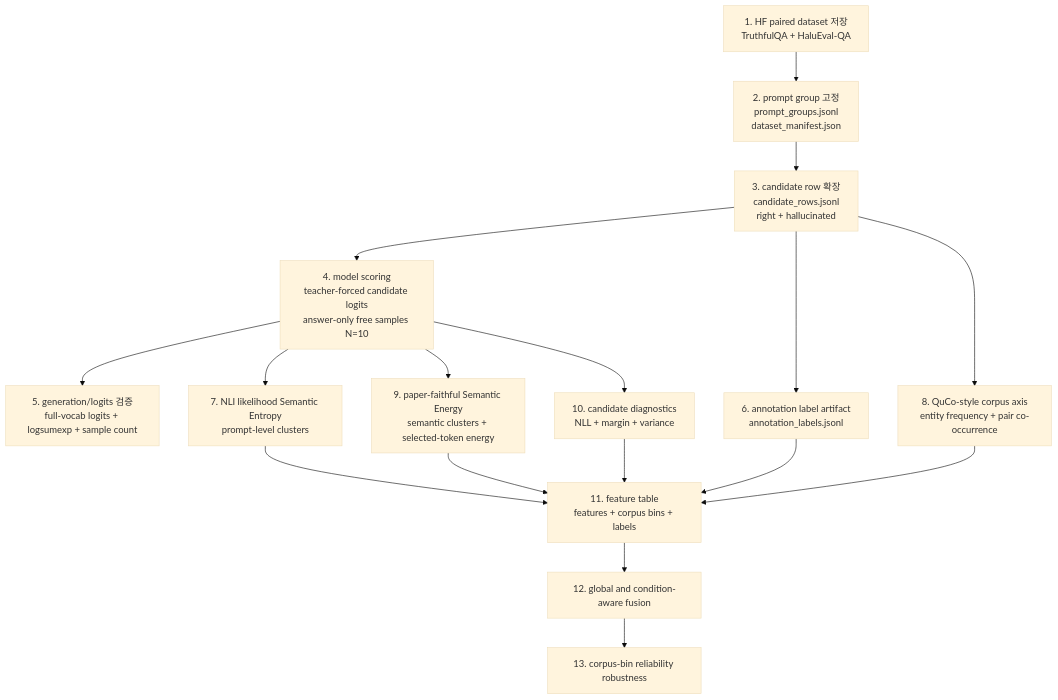
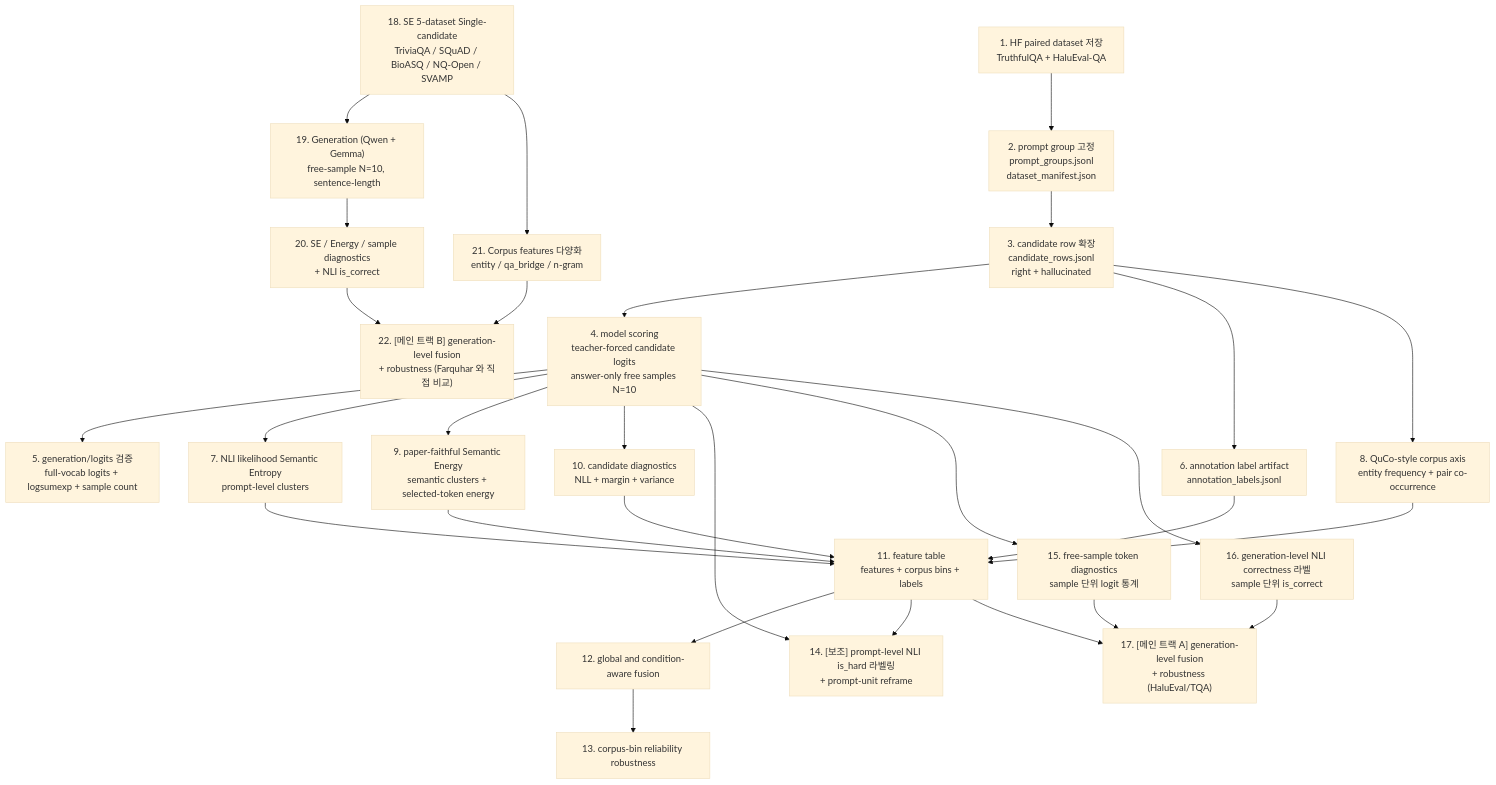
One commit to sharosoo/hallucination-graduation-thesis changed the diagram in experiments/PIPELINE.md. Above: the diagram before and after it, drawn with Mermaid (base theme). The commit also changed other lines of this file and 21 other files, not shown here.

````diff
--- a/experiments/PIPELINE.md
+++ b/experiments/PIPELINE.md
@@ -11,43 +16,70 @@
 ```mermaid
 flowchart TD
     A[1. HF paired dataset 저장
 TruthfulQA + HaluEval-QA]
     B[2. prompt group 고정
 prompt_groups.jsonl
 dataset_manifest.json]
     C[3. candidate row 확장
 candidate_rows.jsonl
 right + hallucinated]
     D[4. model scoring
 teacher-forced candidate logits
 answer-only free samples N=10]
     E[5. generation/logits 검증
 full-vocab logits + logsumexp + sample count]
     F[6. annotation label artifact
 annotation_labels.jsonl]
     G[7. NLI likelihood Semantic Entropy
 prompt-level clusters]
     H[8. QuCo-style corpus axis
 entity frequency + pair co-occurrence]
     I[9. paper-faithful Semantic Energy
 semantic clusters + selected-token energy]
     J[10. candidate diagnostics
 NLL + margin + variance]
     K[11. feature table
 features + corpus bins + labels]
     L[12. global and condition-aware fusion]
     M[13. corpus-bin reliability robustness]
+    N["14. [보조] prompt-level NLI is_hard 라벨링
++ prompt-unit reframe"]
+    O[15. free-sample token diagnostics
+sample 단위 logit 통계]
+    P[16. generation-level NLI correctness 라벨
+sample 단위 is_correct]
+    Q["17. [메인 트랙 A] generation-level fusion
++ robustness (HaluEval/TQA)"]
+    R["18. SE 5-dataset Single-candidate
+TriviaQA / SQuAD / BioASQ / NQ-Open / SVAMP"]
+    S["19. Generation (Qwen + Gemma)
+free-sample N=10, sentence-length"]
+    T["20. SE / Energy / sample diagnostics
++ NLI is_correct"]
+    U["21. Corpus features 다양화
+entity / qa_bridge / n-gram"]
+    V["22. [메인 트랙 B] generation-level fusion
++ robustness (Farquhar 와 직접 비교)"]
 
     A --> B --> C --> D --> E
     C --> F
     D --> G
     C --> H
     D --> I
     D --> J
     F --> K
     G --> K
     H --> K
     I --> K
     J --> K
     K --> L --> M
+    D --> N
+    K --> N
+    D --> O
+    D --> P
+    O --> Q
+    P --> Q
+    K --> Q
+    R --> S --> T --> V
+    R --> U --> V
 ```
````
